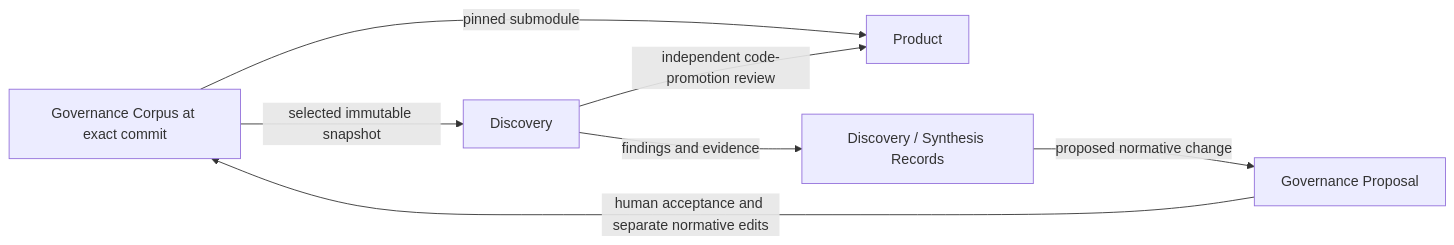
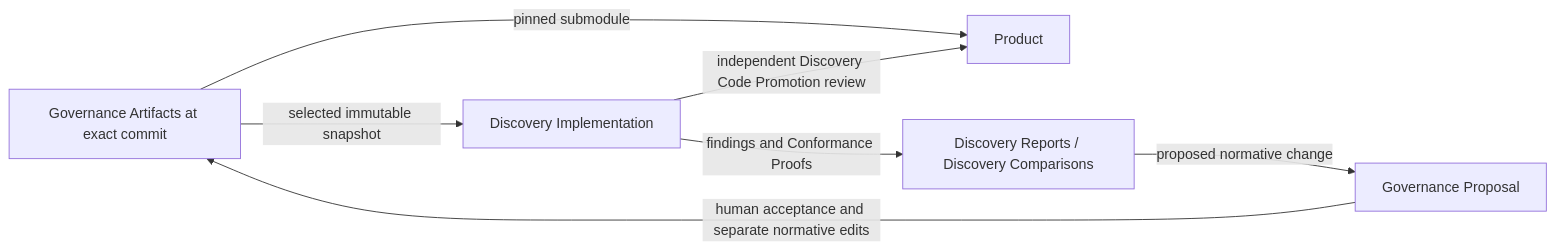
The diagram in GLOSSARY.md (wadebee/blt-agent-skills), drawn with Mermaid before and after one commit. The commit also changed other lines of this file and 47 other files, not shown here.

````diff
--- a/GLOSSARY.md
+++ b/GLOSSARY.md
@@ -500,9 +466,9 @@
 ```mermaid
 flowchart LR
-    G[Governance Corpus at exact commit] -->|pinned submodule| P[Product]
-    G -->|selected immutable snapshot| D[Discovery]
-    D -->|findings and evidence| R[Discovery / Synthesis Records]
+    G[Governance Artifacts at exact commit] -->|pinned submodule| P[Product]
+    G -->|selected immutable snapshot| D[Discovery Implementation]
+    D -->|findings and Conformance Proofs| R[Discovery Reports / Discovery Comparisons]
     R -->|proposed normative change| Q[Governance Proposal]
     Q -->|human acceptance and separate normative edits| G
-    D -->|independent code-promotion review| P
+    D -->|independent Discovery Code Promotion review| P
 ```
````
